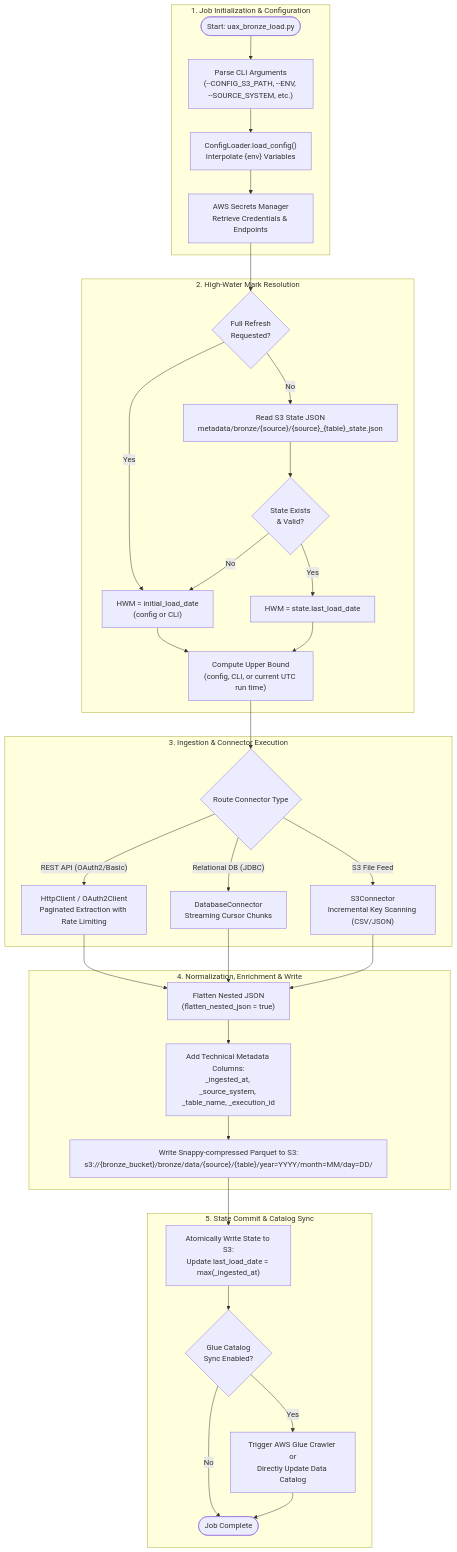
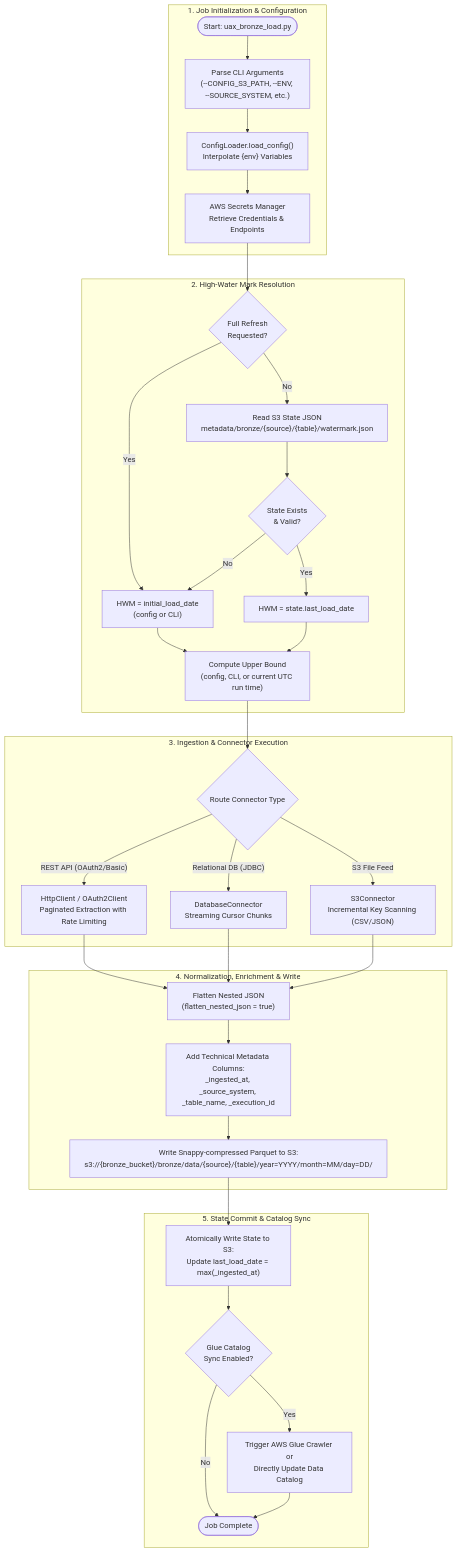
Before and after one commit to Nilkamal-m/Data-pipeline: the diagram in docs/bronze/BRONZE_LAYER.md, drawn with Mermaid. The commit also changed other lines of this file and 3 other files, not shown here.

Commit message:
docs: standardize secret naming schema, bronze watermark format, and update onboarding guidelines

````diff
--- a/docs/bronze/BRONZE_LAYER.md
+++ b/docs/bronze/BRONZE_LAYER.md
@@ -20,42 +20,42 @@
 ```mermaid
 flowchart TD
     subgraph Initialization ["1. Job Initialization & Configuration"]
         Start(["Start: uax_bronze_load.py"]) --> ParseArgs["Parse CLI Arguments\n(--CONFIG_S3_PATH, --ENV, --SOURCE_SYSTEM, etc.)"]
         ParseArgs --> LoadConfig["ConfigLoader.load_config()\nInterpolate {env} Variables"]
         LoadConfig --> FetchSecret["AWS Secrets Manager\nRetrieve Credentials & Endpoints"]
     end
 
     subgraph StateResolution ["2. High-Water Mark Resolution"]
         FetchSecret --> CheckFullRefresh{"Full Refresh\nRequested?"}
         CheckFullRefresh -- Yes --> UseInitial["HWM = initial_load_date\n(config or CLI)"]
-        CheckFullRefresh -- No --> ReadStateFile["Read S3 State JSON\nmetadata/bronze/{source}/{source}_{table}_state.json"]
+        CheckFullRefresh -- No --> ReadStateFile["Read S3 State JSON\nmetadata/bronze/{source}/{table}/watermark.json"]
         ReadStateFile --> ValidateHWM{"State Exists\n& Valid?"}
         ValidateHWM -- Yes --> UseState["HWM = state.last_load_date"]
         ValidateHWM -- No --> UseInitial
         UseInitial --> SetUpperBound["Compute Upper Bound\n(config, CLI, or current UTC run time)"]
         UseState --> SetUpperBound
     end
 
     subgraph Extraction ["3. Ingestion & Connector Execution"]
         SetUpperBound --> RouteConnector{"Route Connector Type"}
         RouteConnector -- "REST API (OAuth2/Basic)" --> ExecuteHTTP["HttpClient / OAuth2Client\nPaginated Extraction with Rate Limiting"]
         RouteConnector -- "Relational DB (JDBC)" --> ExecuteJDBC["DatabaseConnector\nStreaming Cursor Chunks"]
         RouteConnector -- "S3 File Feed" --> ExecuteS3["S3Connector\nIncremental Key Scanning (CSV/JSON)"]
     end
 
     subgraph TransformationWrite ["4. Normalization, Enrichment & Write"]
         ExecuteHTTP --> Flatten["Flatten Nested JSON\n(flatten_nested_json = true)"]
         ExecuteJDBC --> Flatten
         ExecuteS3 --> Flatten
         Flatten --> Enrich["Add Technical Metadata Columns:\n_ingested_at, _source_system, _table_name, _execution_id"]
         Enrich --> PartitionWrite["Write Snappy-compressed Parquet to S3:\ns3://{bronze_bucket}/bronze/data/{source}/{table}/year=YYYY/month=MM/day=DD/"]
     end
 
     subgraph Finalization ["5. State Commit & Catalog Sync"]
         PartitionWrite --> CommitState["Atomically Write State to S3:\nUpdate last_load_date = max(_ingested_at)"]
         CommitState --> CatalogSync{"Glue Catalog\nSync Enabled?"}
         CatalogSync -- Yes --> TriggerCrawler["Trigger AWS Glue Crawler or\nDirectly Update Data Catalog"]
         CatalogSync -- No --> Success(["Job Complete"])
         TriggerCrawler --> Success
     end
 ```
````
